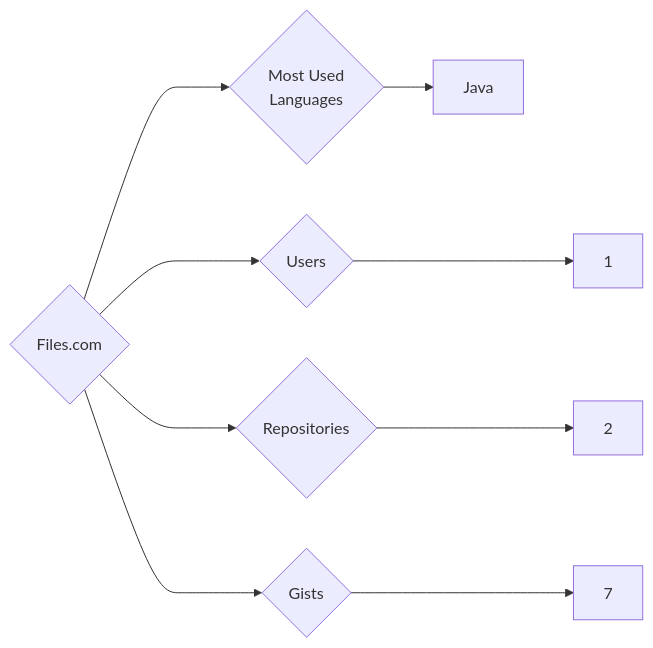
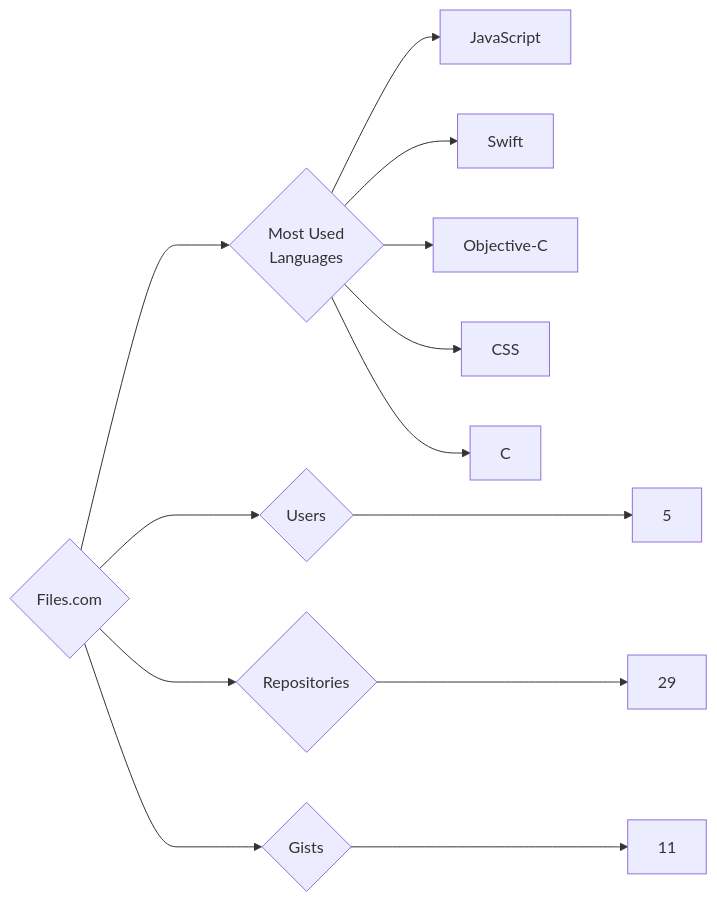
One commit to trickest/insiders changed the diagram in targets/Files.com/README.md. Above: the diagram before and after it, drawn with Mermaid. The commit also changed 1314 other files, not shown here.

````diff
--- a/targets/Files.com/README.md
+++ b/targets/Files.com/README.md
@@ -3,9 +3,13 @@
 ```mermaid
 graph LR
 COMPANY_NAME{Files.com}
-COMPANY_NAME ---> U{Users} ---> UN[1]
-COMPANY_NAME ---> R{Repositories} ---> RN[2]
-COMPANY_NAME ---> G{Gists} ---> GN[7]
+COMPANY_NAME ---> U{Users} ---> UN[5]
+COMPANY_NAME ---> R{Repositories} ---> RN[29]
+COMPANY_NAME ---> G{Gists} ---> GN[11]
 COMPANY_NAME ---> ML{Most Used<br>Languages}
-ML --> Java[Java]
+ML --> JavaScript[JavaScript]
+ML --> Swift[Swift]
+ML --> Objective-C[Objective-C]
+ML --> CSS[CSS]
+ML --> C[C]
 ```
````
